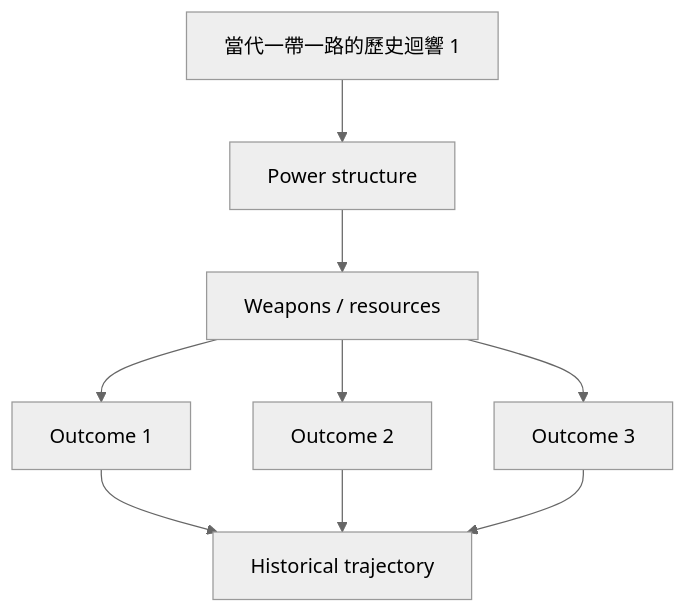
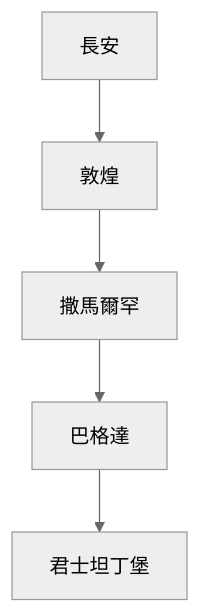
One commit to yip-lgtm/HKU-Harvard-History-Self-Study changed the second of 6 diagrams in 01_HKU_Courses/HIST2208_The_Silk_Roads.md. Above: the diagram before and after it, drawn with Mermaid (neutral theme). The commit also changed other lines of this file and 48 other files, not shown here.

````diff
--- a/01_HKU_Courses/HIST2208_The_Silk_Roads.md
+++ b/01_HKU_Courses/HIST2208_The_Silk_Roads.md
@@ -263,11 +103,7 @@
 ```mermaid
-graph TD
-    A[當代一帶一路的歷史迴響 1] --> B[Power structure]
-    B --> C[Weapons / resources]
-    C --> D[Outcome 1]
-    C --> E[Outcome 2]
-    C --> F[Outcome 3]
-    D --> G[Historical trajectory]
-    E --> G
-    F --> G
+flowchart TD
+    A[長安] --> B[敦煌]
+    B --> C[撒馬爾罕]
+    C --> D[巴格達]
+    D --> E[君士坦丁堡]
 ```
````
